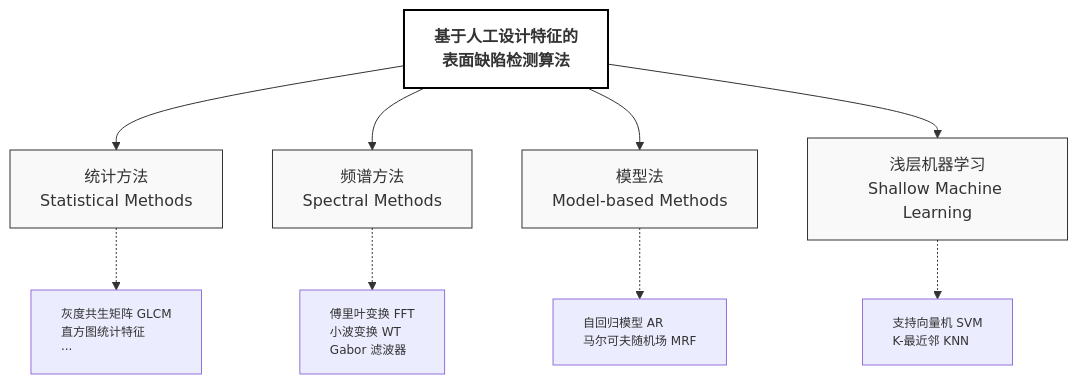
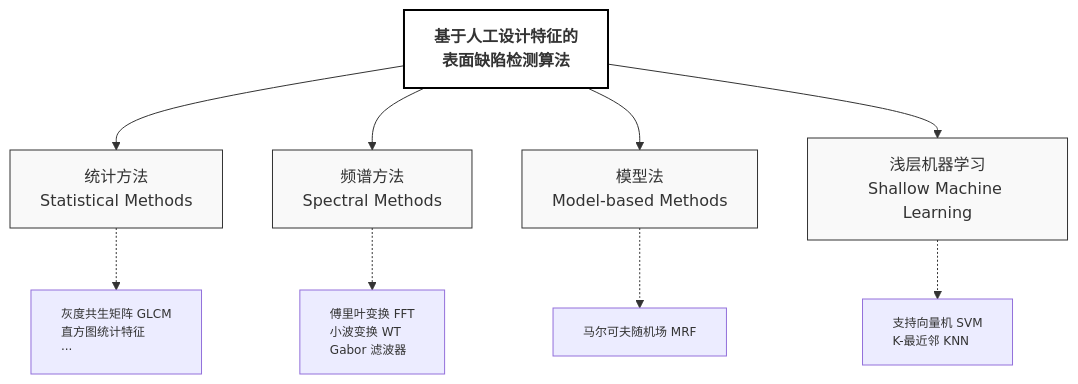
Before and after one commit to MAOSHENGsong/iodraw-files: the diagram in all/未命名-1.md, drawn with Mermaid.

Commit message:
2026-03-17 18:28:05 update

````diff
--- a/all/未命名-1.md
+++ b/all/未命名-1.md
@@ -1,43 +1,43 @@
 ```mermaid
 graph TB
     %% 核心标题
     Main[
     基于人工设计特征的
     表面缺陷检测算法] 
     
     %% 第一层级：四大分支
     Statistical[统计方法<br/>Statistical Methods]
     Spectral[频谱方法<br/>Spectral Methods]
     Model[模型法<br/>Model-based Methods]
     Machine[浅层机器学习<br/>Shallow Machine Learning]
 
     %% 第二层级：典型算法
-    Sub_Stat[灰度共生矩阵 GLCM<br/>直方图统计特征<br/> ···]
+    Sub_Stat[灰度共生矩阵 GLCM<br/>直方图统计特征<br/>···]
     Sub_Spec[傅里叶变换 FFT<br/>小波变换 WT<br/>Gabor 滤波器]
-    Sub_Mod[自回归模型 AR<br/>马尔可夫随机场 MRF<br/>]
+    Sub_Mod[马尔可夫随机场 MRF<br/>]
     Sub_Mach[支持向量机 SVM<br/>K-最近邻 KNN]
 
     %% 建立连接
     Main --> Statistical
     Main --> Spectral
     Main --> Model
     Main --> Machine
 
     Statistical -.-> Sub_Stat
     Spectral -.-> Sub_Spec
     Model -.-> Sub_Mod
     Machine -.-> Sub_Mach
 
     %% 样式美化：论文通常使用白底黑字或淡色调
     style Main fill:#ffffff,stroke:#000,stroke-width:2px,font-weight:bold
     style Statistical fill:#f9f9f9,stroke:#333,stroke-width:1px
     style Spectral fill:#f9f9f9,stroke:#333,stroke-width:1px
     style Model fill:#f9f9f9,stroke:#333,stroke-width:1px
     style Machine fill:#f9f9f9,stroke:#333,stroke-width:1px
     
     %% 细化子项样式
     style Sub_Stat font-size:12px,text-align:left
     style Sub_Spec font-size:12px,text-align:left
     style Sub_Mod font-size:12px,text-align:left
     style Sub_Mach font-size:12px,text-align:left
 ```
````
